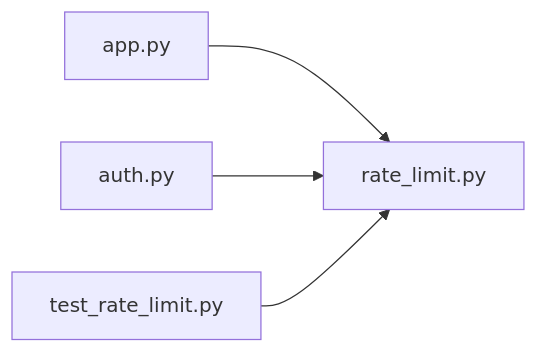
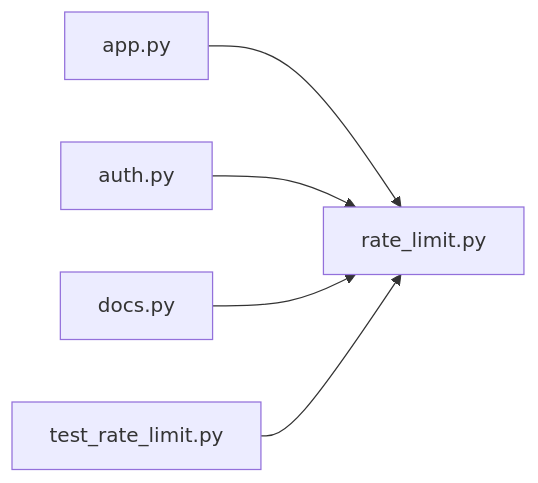
The diagram in .cluedoc/graph/backend/src/backend/api/rate_limit.md (minkong-dev/Banblit), drawn with Mermaid before and after one commit. The commit also changed other lines of this file and 12 other files, not shown here.

First line of the commit message:
backend: guard Swagger UI with a developer password and rate limits

````diff
--- a/.cluedoc/graph/backend/src/backend/api/rate_limit.md
+++ b/.cluedoc/graph/backend/src/backend/api/rate_limit.md
@@ -10,7 +10,8 @@
 ```mermaid
 flowchart LR
   backend_src_backend_api_rate_limit["rate_limit.py"]
   backend_src_backend_api_app["app.py"] --> backend_src_backend_api_rate_limit
   backend_src_backend_api_routers_auth["auth.py"] --> backend_src_backend_api_rate_limit
+  backend_src_backend_api_routers_docs["docs.py"] --> backend_src_backend_api_rate_limit
   backend_tests_unit_test_rate_limit["test_rate_limit.py"] --> backend_src_backend_api_rate_limit
 ```
````
